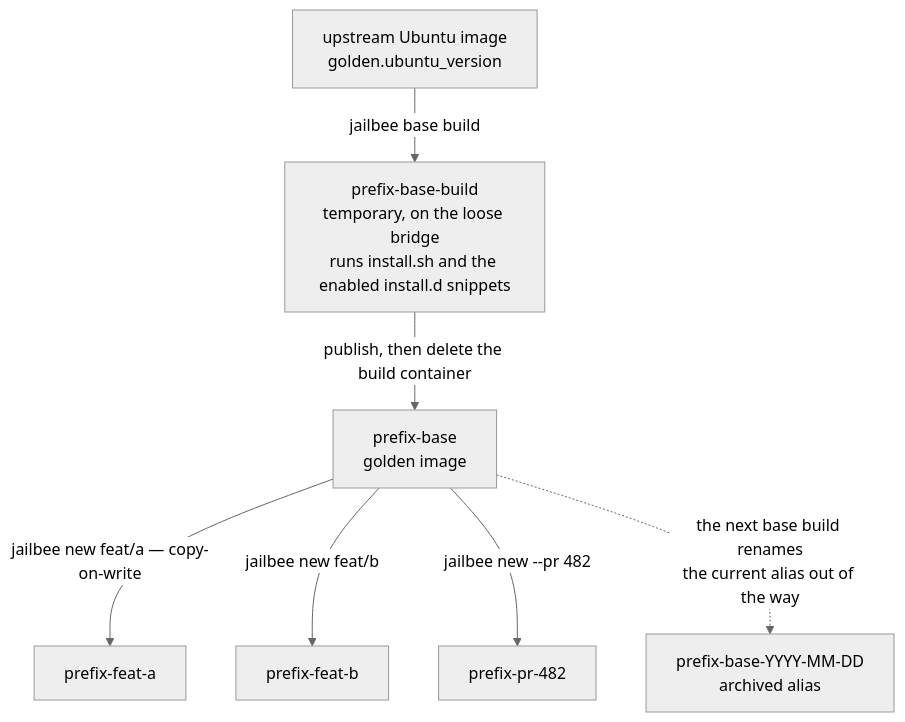
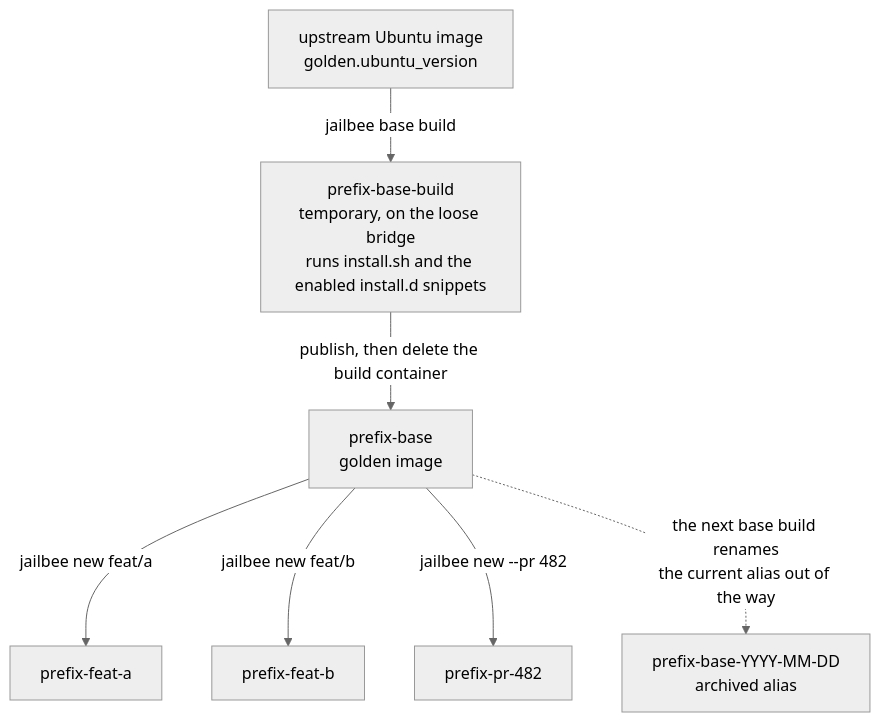
The first of 3 diagrams in docs/architecture.md (VRTFinland/jailbee), drawn with Mermaid (neutral theme) before and after one commit. The commit also changed other lines of this file, not shown here.

First line of the commit message:
docs(architecture): align system overview with current behavior

````diff
--- a/docs/architecture.md
+++ b/docs/architecture.md
@@ -35,17 +47,17 @@
 ```mermaid
 flowchart TB
     UB["upstream Ubuntu image<br>golden.ubuntu_version"]
     BUILD["prefix-base-build<br>temporary, on the loose bridge<br>runs install.sh and the enabled install.d snippets"]
     IMG["prefix-base<br>golden image"]
     C1["prefix-feat-a"]
     C2["prefix-feat-b"]
     C3["prefix-pr-482"]
     OLD["prefix-base-YYYY-MM-DD<br>archived alias"]
 
     UB -->|"jailbee base build"| BUILD
     BUILD -->|"publish, then delete the build container"| IMG
-    IMG -->|"jailbee new feat/a — copy-on-write"| C1
+    IMG -->|"jailbee new feat/a"| C1
     IMG -->|"jailbee new feat/b"| C2
     IMG -->|"jailbee new --pr 482"| C3
     IMG -.->|"the next base build renames<br>the current alias out of the way"| OLD
 ```
````
